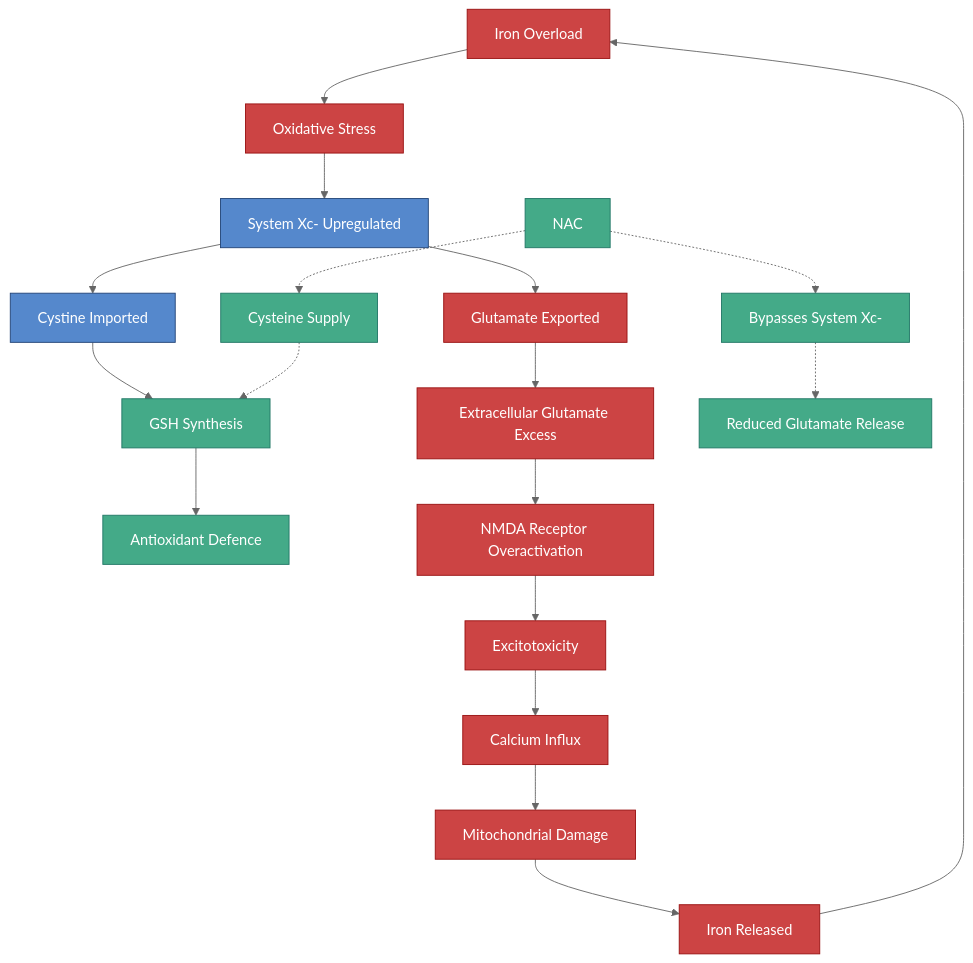
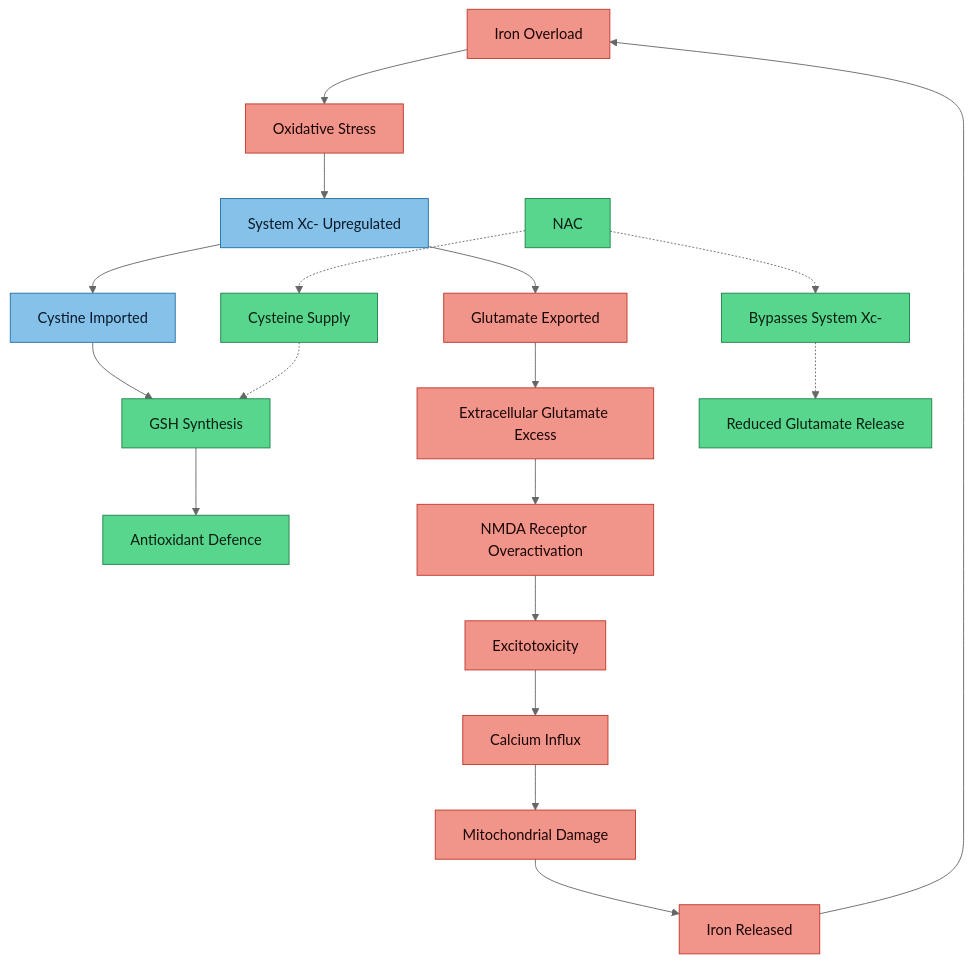
One commit to Aegis-commits/ag-hfe-adhd-asd-research changed the diagram in research/Iron Glutamate and Excitotoxicity.md. Above: the diagram before and after it, drawn with Mermaid (neutral theme). The commit also changed 39 other files, not shown here.

First line of the commit message:
docs(vault): standardise diagram colours for light-mode readability, add MOC quick nav

````diff
--- a/research/Iron Glutamate and Excitotoxicity.md
+++ b/research/Iron Glutamate and Excitotoxicity.md
@@ -30,29 +30,29 @@
 ```mermaid
 flowchart TD
     A["Iron Overload"] --> B["Oxidative Stress"]
     B --> C["System Xc- Upregulated"]
     C --> D["Cystine Imported"]
     C --> E["Glutamate Exported"]
     D --> F["GSH Synthesis"]
     F --> G["Antioxidant Defence"]
     E --> H["Extracellular Glutamate Excess"]
     H --> I["NMDA Receptor Overactivation"]
     I --> J["Excitotoxicity"]
     J --> K["Calcium Influx"]
     K --> L["Mitochondrial Damage"]
     L --> M["Iron Released"]
     M --> A
 
     N["NAC"] -.-> O["Cysteine Supply"]
     O -.-> F
     N -.-> P["Bypasses System Xc-"]
     P -.-> Q["Reduced Glutamate Release"]
 
-    classDef pathological fill:#c44,color:#fff,stroke:#911
-    classDef protective fill:#4a8,color:#fff,stroke:#276
-    classDef neutral fill:#58c,color:#fff,stroke:#247
+    classDef pathological fill:#f1948a,stroke:#c0392b,color:#1a0505
+    classDef protective fill:#58d68d,stroke:#1e8449,color:#0a1f12
+    classDef neutral fill:#85c1e9,stroke:#2471a3,color:#0a1929
 
     class A,B,E,H,I,J,K,L,M pathological
     class F,G,N,O,P,Q protective
     class C,D neutral
 ```
````
